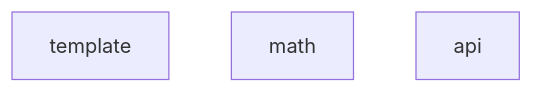
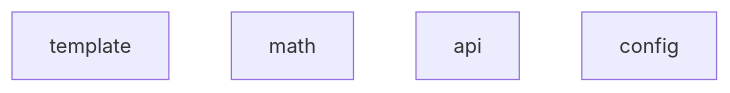
One commit to gradus-fit/gradus changed the diagram in docs/server.mmd. Above: the diagram before and after it, drawn with Mermaid. The commit also changed 11 other files, not shown here.

```diff
--- a/docs/server.mmd
+++ b/docs/server.mmd
@@ -1,4 +1,5 @@
 flowchart TB
     template["template"]
     math["math"]
     api["api"]
+    config["config"]
```
